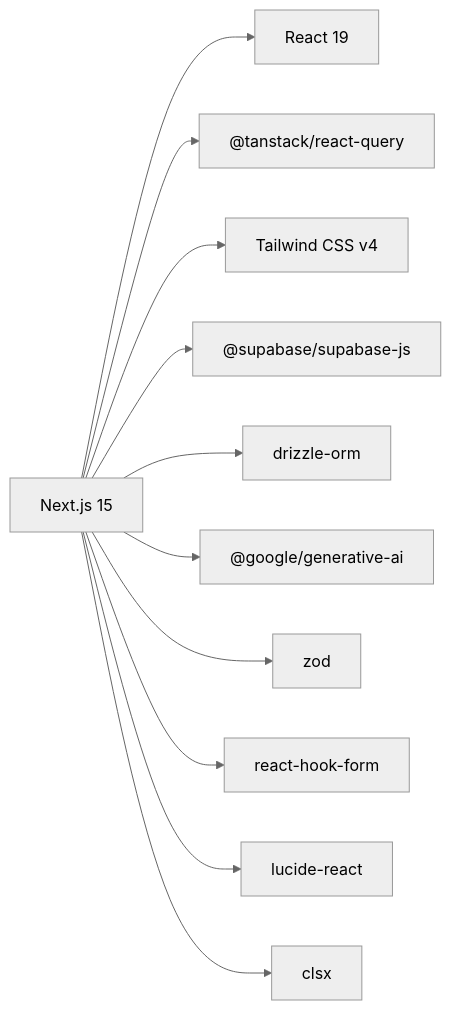
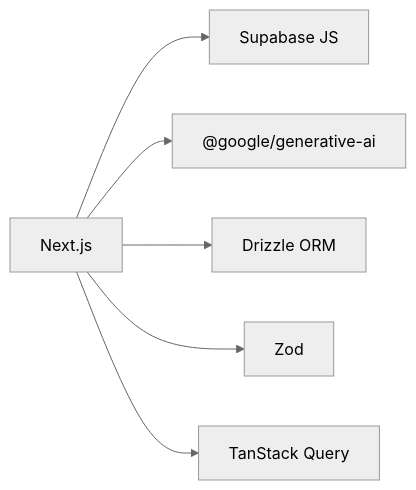
The eighth of 9 diagrams in .qoder/repowiki/en/content/Architecture Overview/Architecture Overview.md (Daniiyal-creates/MedAce-AI), drawn with Mermaid (neutral theme) before and after one commit. The commit also changed other lines of this file and 159 other files, not shown here.

````diff
--- a/.qoder/repowiki/en/content/Architecture Overview/Architecture Overview.md
+++ b/.qoder/repowiki/en/content/Architecture Overview/Architecture Overview.md
@@ -435,13 +253,8 @@
 ```mermaid
 graph LR
-Next["Next.js 15"] --> React["React 19"]
-Next --> TanStack["@tanstack/react-query"]
-Next --> Tailwind["Tailwind CSS v4"]
-Next --> Supabase["@supabase/supabase-js"]
-Next --> Drizzle["drizzle-orm"]
+Next["Next.js"] --> Supa["Supabase JS"]
 Next --> Gemini["@google/generative-ai"]
-Next --> Zod["zod"]
-Next --> RHF["react-hook-form"]
-Next --> Lucide["lucide-react"]
-Next --> Clsx["clsx"]
+Next --> Drizzle["Drizzle ORM"]
+Next --> Zod["Zod"]
+Next --> TQ["TanStack Query"]
 ```
````
